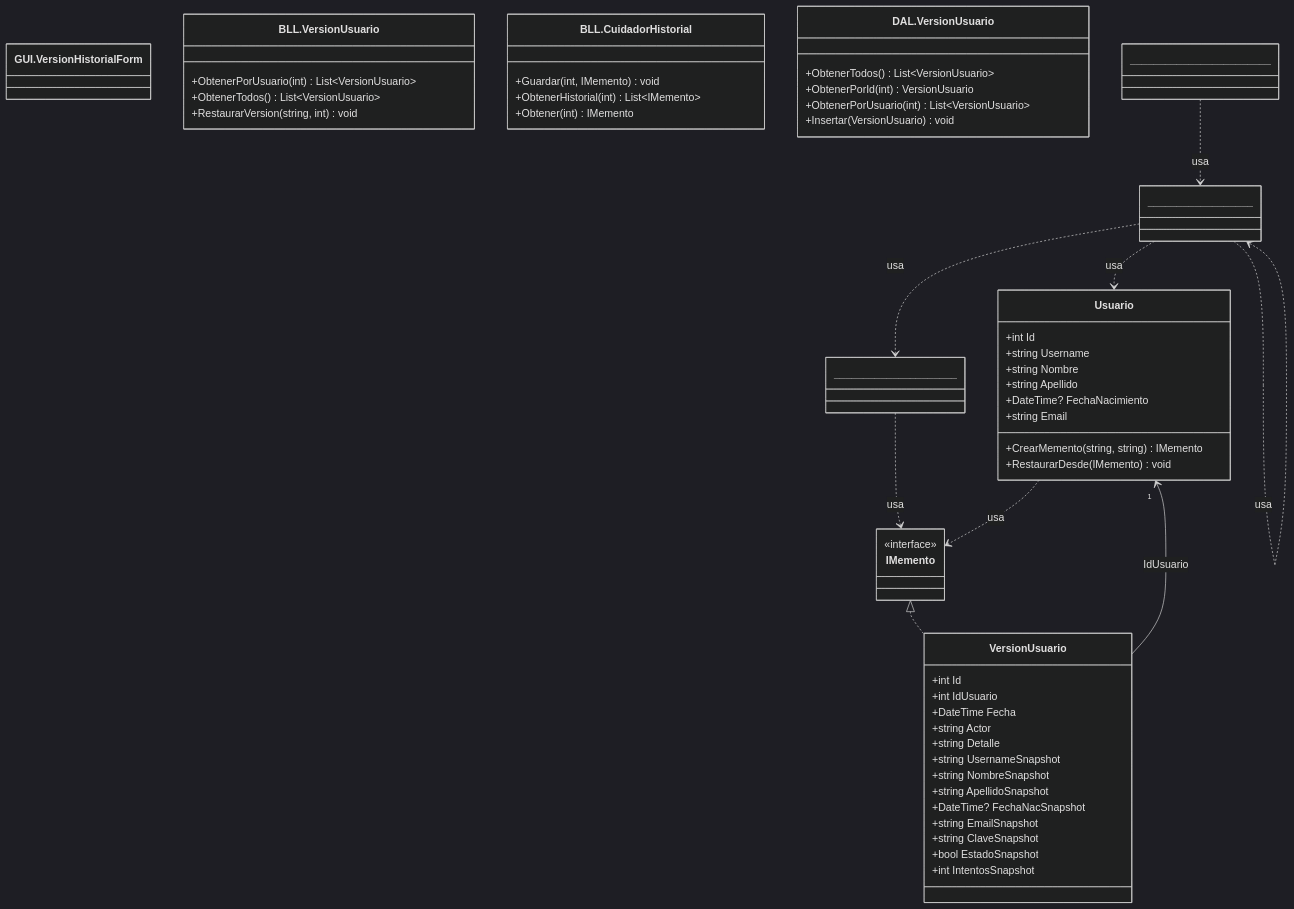
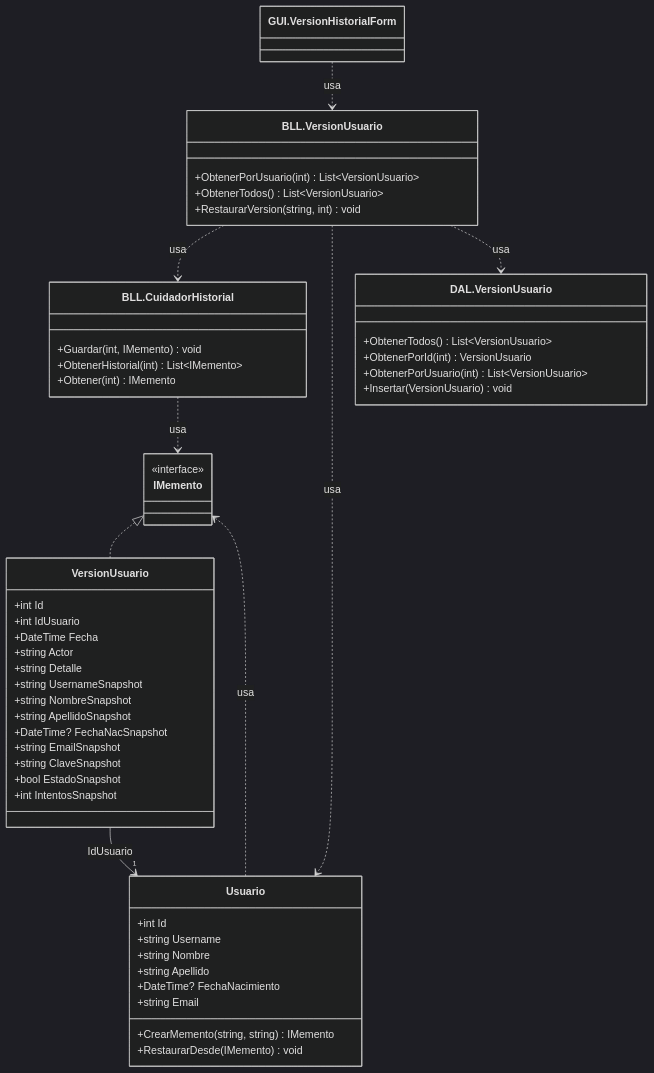
The diagram in docs/diagramas/mermaid/CLASES_T06b_control_cambios.mmd (valentinamorana/Trabajo-de-Diploma), drawn with Mermaid (dark theme) before and after one commit. The commit also changed 25 other files, not shown here.

```diff
--- a/docs/diagramas/mermaid/CLASES_T06b_control_cambios.mmd
+++ b/docs/diagramas/mermaid/CLASES_T06b_control_cambios.mmd
@@ -1,56 +1,56 @@
 classDiagram
   direction TB
   class GUI_VersionHistorialForm["GUI.VersionHistorialForm"] {
   }
   class BLL_VersionUsuario["BLL.VersionUsuario"] {
     +ObtenerPorUsuario(int) List~VersionUsuario~
     +ObtenerTodos() List~VersionUsuario~
     +RestaurarVersion(string,  int) void
   }
   class BLL_CuidadorHistorial["BLL.CuidadorHistorial"] {
     +Guardar(int,  IMemento) void
     +ObtenerHistorial(int) List~IMemento~
     +Obtener(int) IMemento
   }
   class Usuario {
     +int Id
     +string Username
     +string Nombre
     +string Apellido
     +DateTime? FechaNacimiento
     +string Email
     +CrearMemento(string,  string) IMemento
     +RestaurarDesde(IMemento) void
   }
   class VersionUsuario {
     +int Id
     +int IdUsuario
     +DateTime Fecha
     +string Actor
     +string Detalle
     +string UsernameSnapshot
     +string NombreSnapshot
     +string ApellidoSnapshot
     +DateTime? FechaNacSnapshot
     +string EmailSnapshot
     +string ClaveSnapshot
     +bool EstadoSnapshot
     +int IntentosSnapshot
   }
   class IMemento {
     <<interface>>
   }
   class DAL_VersionUsuario["DAL.VersionUsuario"] {
     +ObtenerTodos() List~VersionUsuario~
     +ObtenerPorId(int) VersionUsuario
     +ObtenerPorUsuario(int) List~VersionUsuario~
     +Insertar(VersionUsuario) void
   }
   IMemento <|.. VersionUsuario
   VersionUsuario --> "1" Usuario : IdUsuario
-  ________________________ ..> __________________ : usa
-  __________________ ..> _____________________ : usa
-  __________________ ..> Usuario : usa
-  __________________ ..> __________________ : usa
-  _____________________ ..> IMemento : usa
+  GUI_VersionHistorialForm ..> BLL_VersionUsuario : usa
+  BLL_VersionUsuario ..> BLL_CuidadorHistorial : usa
+  BLL_VersionUsuario ..> Usuario : usa
+  BLL_VersionUsuario ..> DAL_VersionUsuario : usa
+  BLL_CuidadorHistorial ..> IMemento : usa
   Usuario ..> IMemento : usa
```
